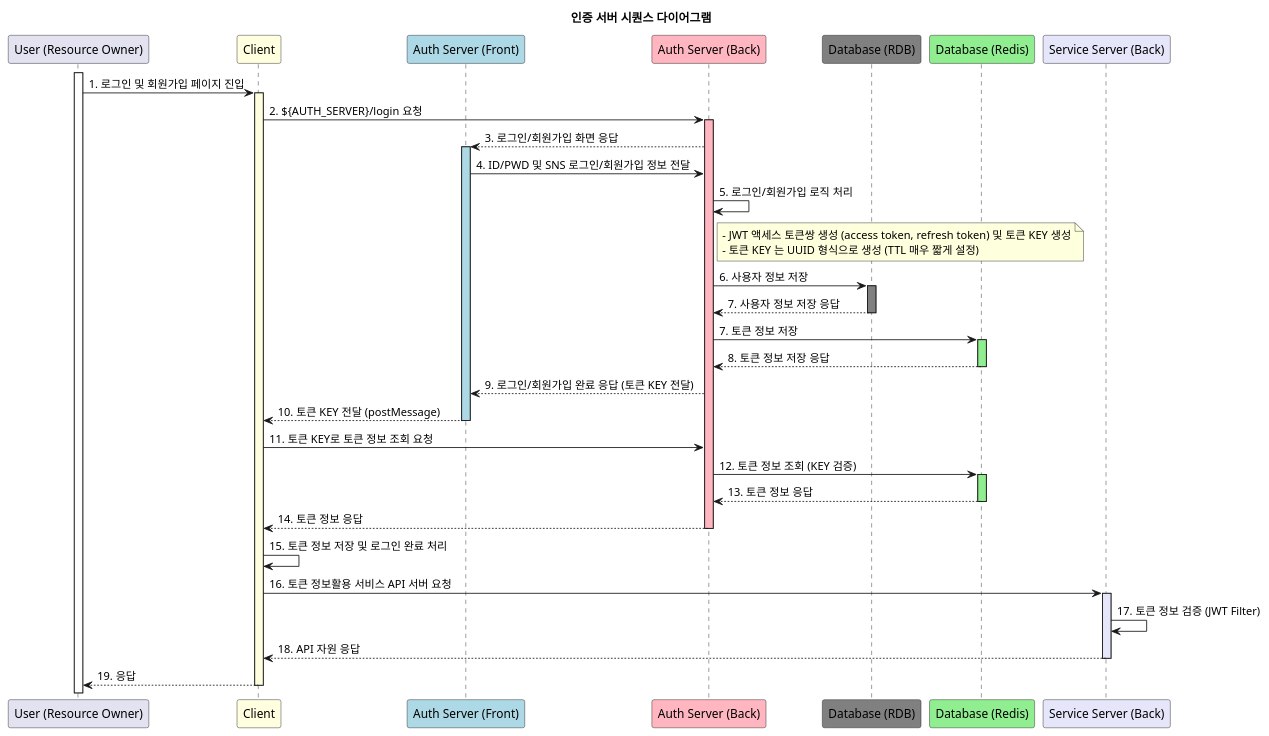
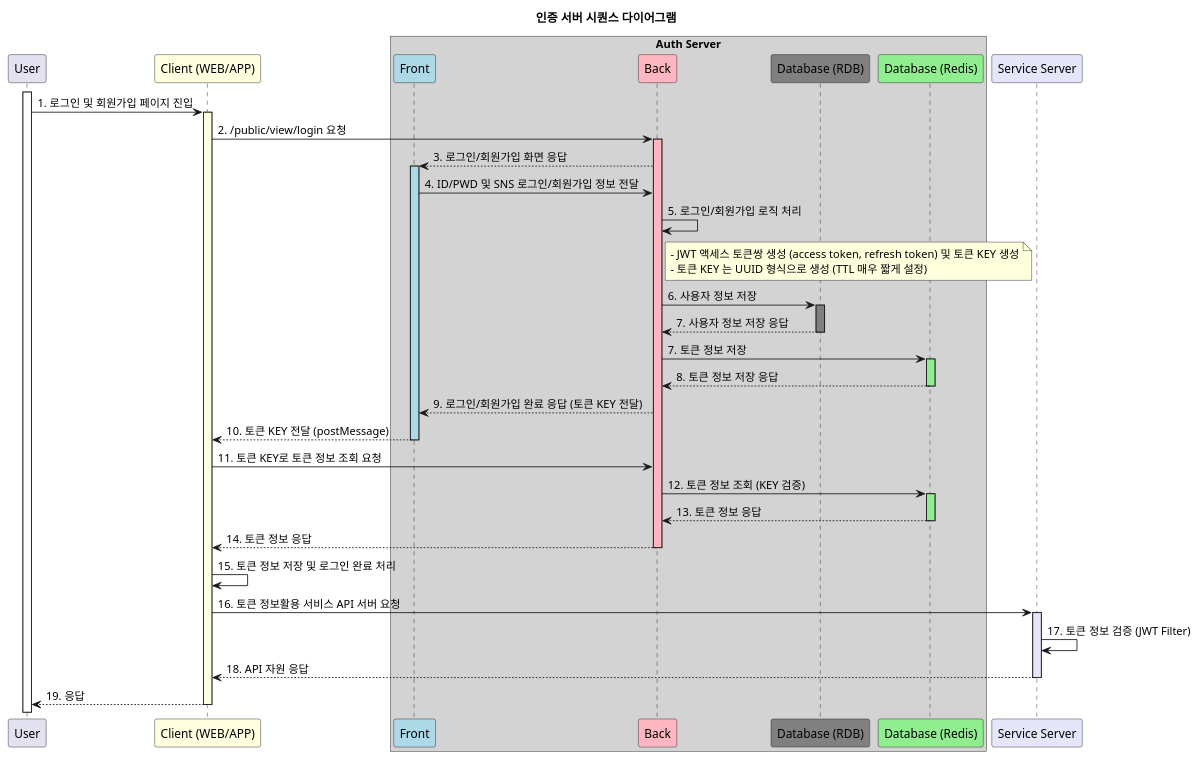
The diagram in uml/auth-flow.puml (guyko91/auth_spring_security), drawn with PlantUML before and after one commit. The commit also changed 1 other file, not shown here.

```diff
--- a/uml/auth-flow.puml
+++ b/uml/auth-flow.puml
@@ -1,67 +1,69 @@
 @startuml
 title 인증 서버 시퀀스 다이어그램
 
 '---------------------------------------------------
 ' 객체 정의
 '---------------------------------------------------
-participant "User (Resource Owner)"     as USER
-participant "Client"                    as CLIENT  #lightyellow
-participant "Auth Server (Front)"       as SERVERF #lightblue
-participant "Auth Server (Back)"        as SERVERB #lightpink
+participant "User"     as USER
+participant "Client (WEB/APP)"                    as CLIENT  #lightyellow
+box "Auth Server"  #lightGray
+participant "Front"       as SERVERF #lightblue
+participant "Back"        as SERVERB #lightpink
 participant "Database (RDB)"            as DB      #gray
 participant "Database (Redis)"          as REDIS   #lightgreen
-participant "Service Server (Back)"     as SERVERS #lavender
+end box
+participant "Service Server"     as SERVERS #lavender
 
 '---------------------------------------------------
 ' OAuth 2.0 Authorization Flow
 '---------------------------------------------------
 ACTIVATE USER
 USER -> CLIENT : 1. 로그인 및 회원가입 페이지 진입
 
 'group Automated by Spring Security OAuth Client
   ACTIVATE CLIENT #lightyellow
-  CLIENT -> SERVERB : 2. ${AUTH_SERVER}/login 요청
+  CLIENT -> SERVERB : 2. /public/view/login 요청
 
   ACTIVATE SERVERB #lightpink
   SERVERB --> SERVERF : 3. 로그인/회원가입 화면 응답
   ACTIVATE SERVERF #lightblue
   SERVERF -> SERVERB : 4. ID/PWD 및 SNS 로그인/회원가입 정보 전달
 
   SERVERB -> SERVERB : 5. 로그인/회원가입 로직 처리
   note right of SERVERB
     - JWT 액세스 토큰쌍 생성 (access token, refresh token) 및 토큰 KEY 생성
     - 토큰 KEY 는 UUID 형식으로 생성 (TTL 매우 짧게 설정)
   end note
   SERVERB -> DB : 6. 사용자 정보 저장
   ACTIVATE DB #gray
   DB --> SERVERB : 7. 사용자 정보 저장 응답
   DEACTIVATE DB
 
   SERVERB -> REDIS : 7. 토큰 정보 저장
   ACTIVATE REDIS #lightgreen
   REDIS --> SERVERB : 8. 토큰 정보 저장 응답
   DEACTIVATE REDIS
 
   SERVERB --> SERVERF : 9. 로그인/회원가입 완료 응답 (토큰 KEY 전달)
 
   SERVERF --> CLIENT : 10. 토큰 KEY 전달 (postMessage)
   DEACTIVATE SERVERF
 
   CLIENT -> SERVERB : 11. 토큰 KEY로 토큰 정보 조회 요청
   SERVERB -> REDIS : 12. 토큰 정보 조회 (KEY 검증)
   ACTIVATE REDIS #lightgreen
   REDIS --> SERVERB : 13. 토큰 정보 응답
   DEACTIVATE REDIS
 
   SERVERB --> CLIENT : 14. 토큰 정보 응답
   DEACTIVATE SERVERB
   CLIENT -> CLIENT : 15. 토큰 정보 저장 및 로그인 완료 처리
   CLIENT -> SERVERS : 16. 토큰 정보활용 서비스 API 서버 요청
   ACTIVATE SERVERS #lavender
   SERVERS -> SERVERS : 17. 토큰 정보 검증 (JWT Filter)
   SERVERS --> CLIENT : 18. API 자원 응답
   DEACTIVATE SERVERS
   CLIENT --> USER : 19. 응답
   DEACTIVATE CLIENT
 
 @enduml
```
